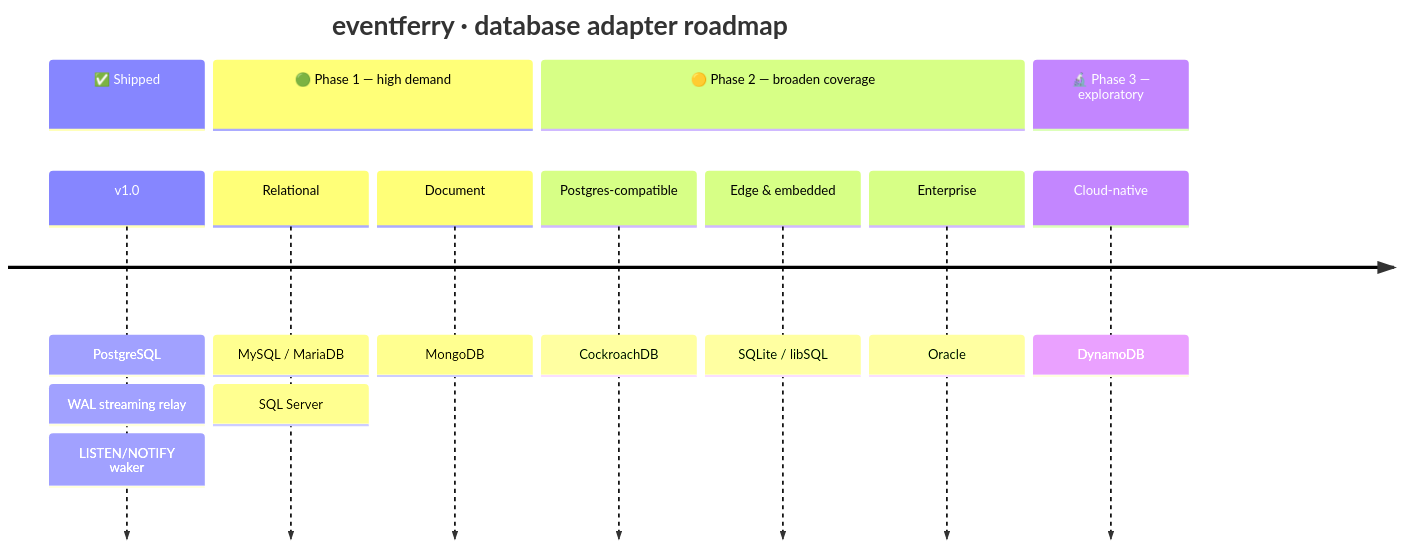
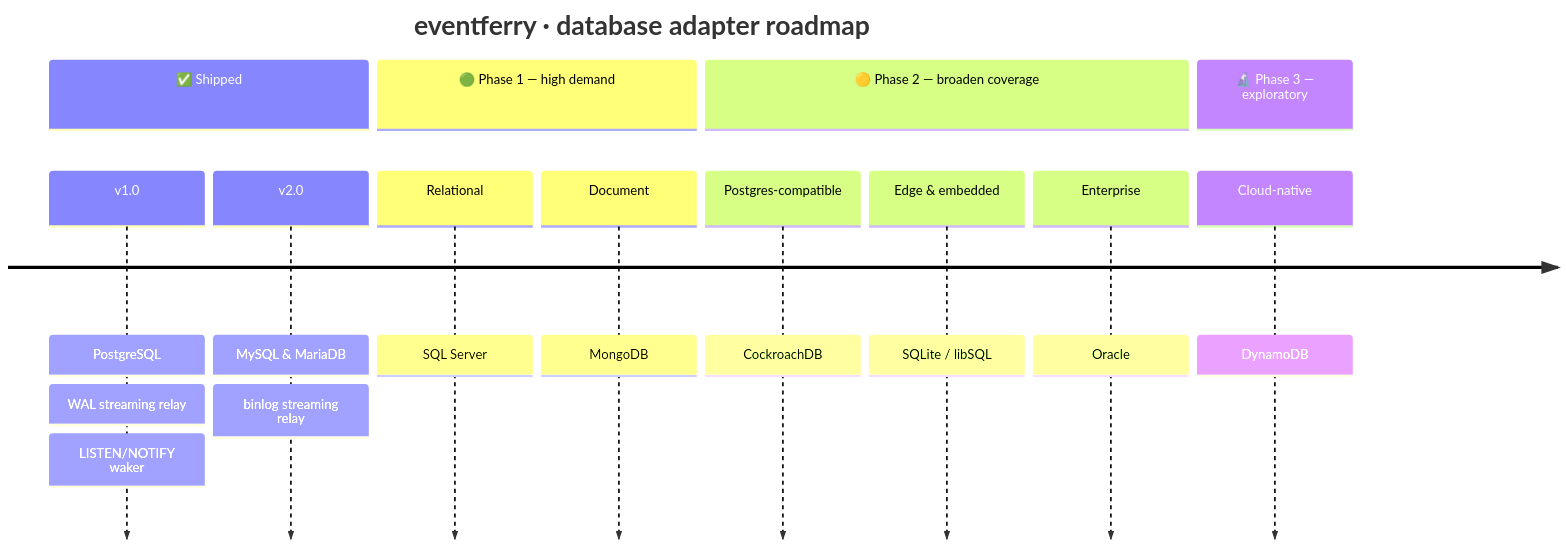
Before and after one commit to SametGoktepe/eventferry: the fourth of 6 diagrams in ROADMAP.md, drawn with Mermaid. The commit also changed other lines of this file, not shown here.

````diff
--- a/ROADMAP.md
+++ b/ROADMAP.md
@@ -119,15 +135,16 @@
 ```mermaid
 timeline
     title eventferry · database adapter roadmap
     section ✅ Shipped
         v1.0 : PostgreSQL : WAL streaming relay : LISTEN/NOTIFY waker
+        v2.0 : MySQL & MariaDB : binlog streaming relay
     section 🟢 Phase 1 — high demand
-        Relational : MySQL / MariaDB : SQL Server
+        Relational : SQL Server
         Document : MongoDB
     section 🟡 Phase 2 — broaden coverage
         Postgres-compatible : CockroachDB
         Edge & embedded : SQLite / libSQL
         Enterprise : Oracle
     section 🔬 Phase 3 — exploratory
         Cloud-native : DynamoDB
 ```
````
